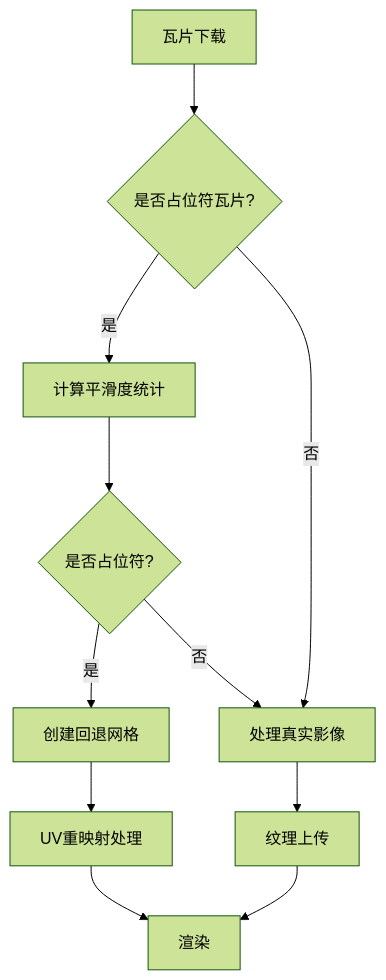
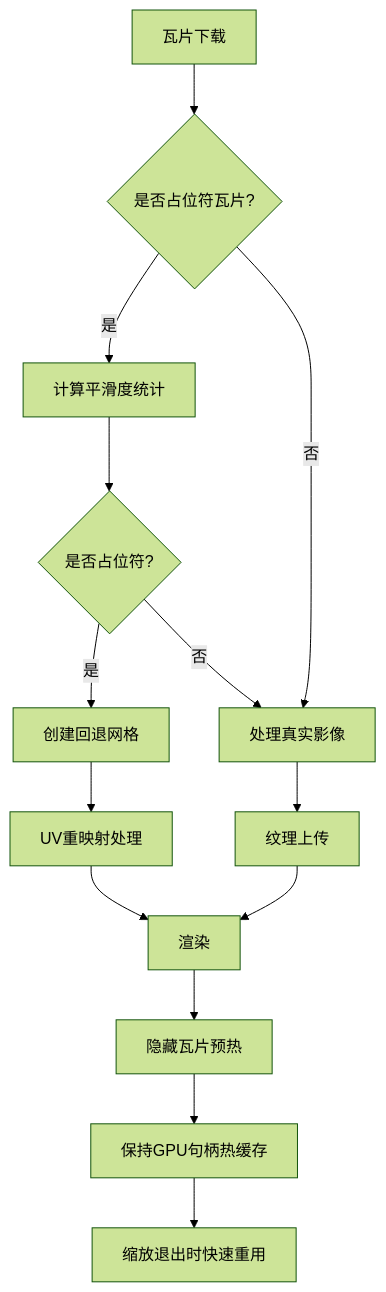
Before and after one commit to rzhangjing/cesium: the fifth of 8 diagrams in .qoder/repowiki/zh/content/项目概述/核心特性/3D数据格式支持/3D Tiles标准支持/瓦片网格生成.md, drawn with Mermaid (forest theme). The commit also changed other lines of this file and 61 other files, not shown here.

First line of the commit message:
修改地图晃动BUG

````diff
--- a/.qoder/repowiki/zh/content/项目概述/核心特性/3D数据格式支持/3D Tiles标准支持/瓦片网格生成.md
+++ b/.qoder/repowiki/zh/content/项目概述/核心特性/3D数据格式支持/3D Tiles标准支持/瓦片网格生成.md
@@ -271,13 +277,16 @@
 ```mermaid
 flowchart TD
 Download["瓦片下载"] --> PlaceholderCheck{"是否占位符瓦片?"}
 PlaceholderCheck --> |是| SmoothnessStats["计算平滑度统计"]
 PlaceholderCheck --> |否| ProcessReal["处理真实影像"]
 SmoothnessStats --> IsPlaceholder{"是否占位符?"}
 IsPlaceholder --> |是| CreateFallback["创建回退网格"]
 IsPlaceholder --> |否| ProcessReal
 CreateFallback --> UVRemap["UV重映射处理"]
 ProcessReal --> TextureUpload["纹理上传"]
 UVRemap --> Render["渲染"]
 TextureUpload --> Render
+Render --> HideWarm["隐藏瓦片预热"]
+HideWarm --> KeepAlive["保持GPU句柄热缓存"]
+KeepAlive --> FastReuse["缩放退出时快速重用"]
 ```
````
